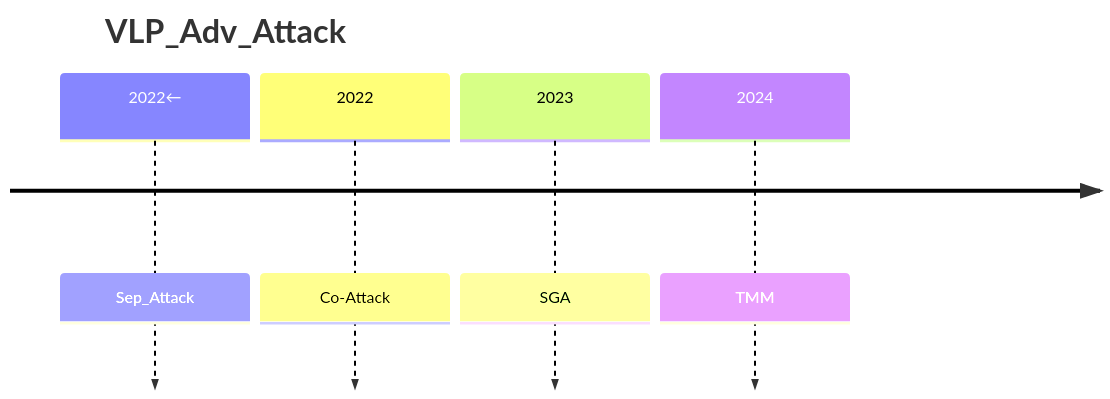
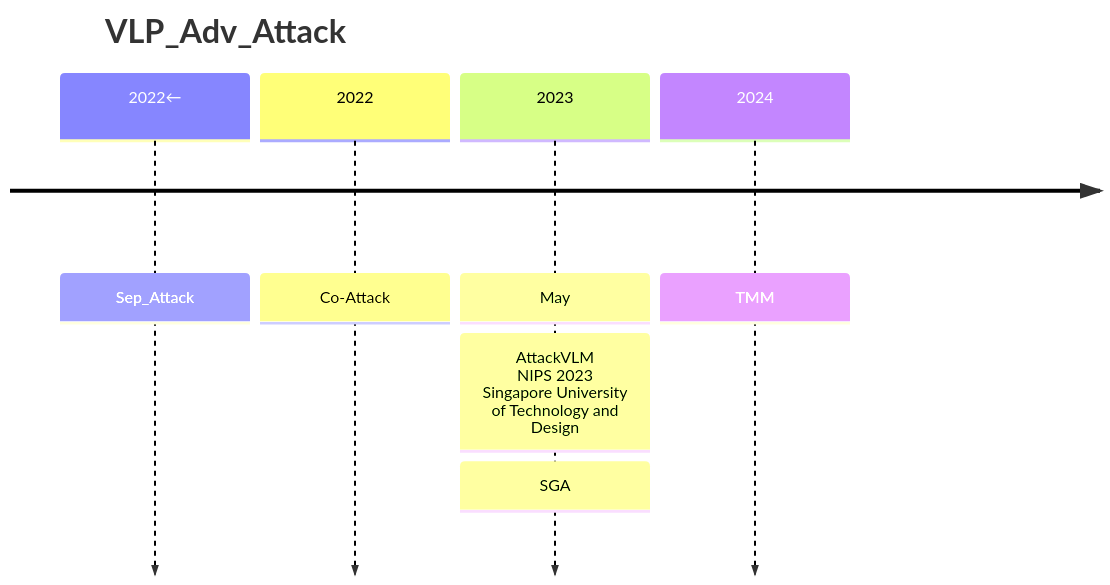
The first of 5 diagrams in Attack/Adversarial_Attack/VLP/analyse.md (Elephant-King9/Paper), drawn with Mermaid before and after one commit. The commit also changed other lines of this file and 10 other files, not shown here.

````diff
--- a/Attack/Adversarial_Attack/VLP/analyse.md
+++ b/Attack/Adversarial_Attack/VLP/analyse.md
@@ -3,8 +3,10 @@
 ```mermaid
 timeline
     title VLP_Adv_Attack
     2022← : Sep_Attack
     2022 : Co-Attack
-    2023 : SGA
+    2023 : May
+    		 : AttackVLM<br>NIPS 2023<br>Singapore University of Technology and Design
+    		 : SGA
     2024 : TMM
 ```
````
